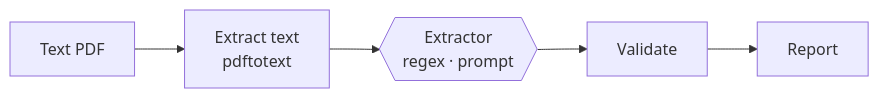
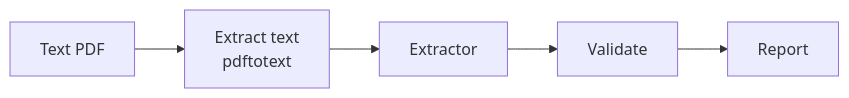
The first of 5 diagrams in workflow.md (mariogarcia-ar/docflow), drawn with Mermaid before and after one commit. The commit also changed other lines of this file and 1 other file, not shown here.

Commit message:
Update documentation for components and workflows, correcting input pipeline references and clarifying flow descriptions

````diff
--- a/workflow.md
+++ b/workflow.md
@@ -50,7 +71,4 @@
 ```mermaid
 graph LR
-    A["Text PDF"] --> B["Extract text<br/>pdftotext"]
-    B --> C{{"Extractor<br/>regex · prompt"}}
-    C --> D["Validate"]
-    D --> E["Report"]
+    A["Text PDF"] --> B["Extract text<br/>pdftotext"] --> C["Extractor"] --> D["Validate"] --> E["Report"]
 ```
````
